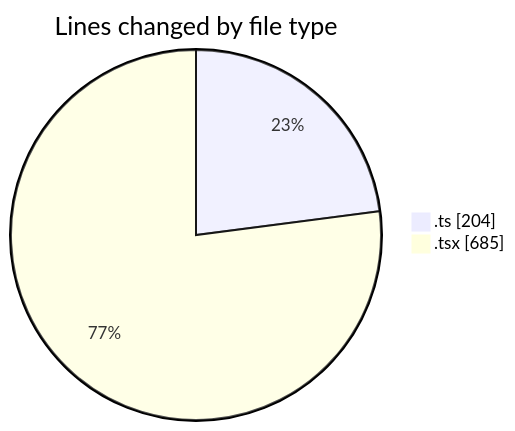
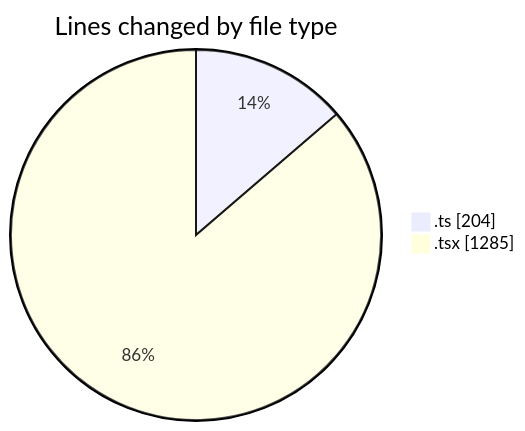
One commit to julien-gomy/code-tracking changed the first of 2 diagrams in 2025-10-28/eventscop-frontend-guide__workspace_/README.md. Above: the diagram before and after it, drawn with Mermaid. The commit also changed other lines of this file and 1 other file, not shown here.

````diff
--- a/2025-10-28/eventscop-frontend-guide__workspace_/README.md
+++ b/2025-10-28/eventscop-frontend-guide__workspace_/README.md
@@ -28,6 +29,6 @@
 ```mermaid
 pie showData
 title Lines changed by file type
 ".ts" : 204
-".tsx" : 685
+".tsx" : 1285
 ```
````
